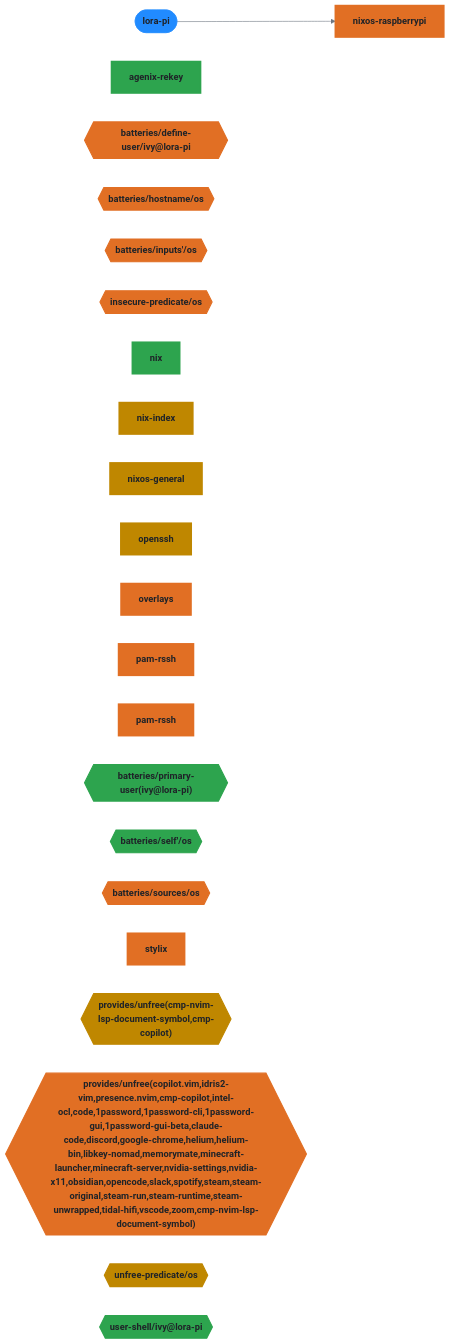
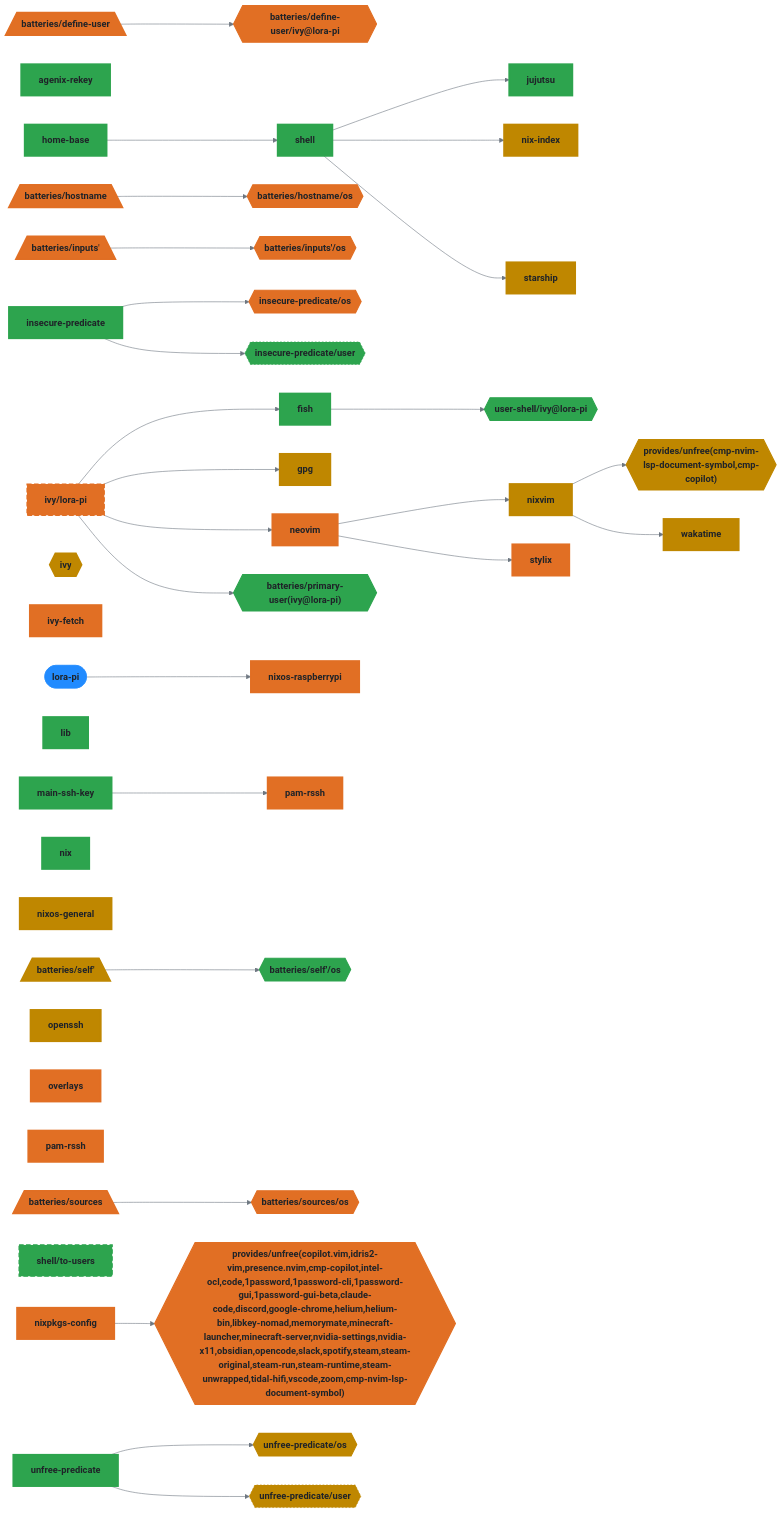
One commit to auscyber/dotfiles changed the fourth of 9 diagrams in README.md. Above: the diagram before and after it, drawn with Mermaid. The commit also changed other lines of this file and 1 other file, not shown here.

````diff
--- a/README.md
+++ b/README.md
@@ -258,50 +569,124 @@
 graph LR
   lora_pi([lora-pi]):::root
   agenix_rekey["agenix-rekey"]:::agenix_rekey_c
+  den__batteries__define_user[/"batteries/define-user"\]:::den__batteries__define_user_c
   den__batteries__define_user__ivy_lora_pi{{"batteries/define-user/ivy@lora-pi"}}:::den__batteries__define_user__ivy_lora_pi_c
+  fish["fish"]:::fish_c
+  gpg["gpg"]:::gpg_c
+  home_base["home-base"]:::home_base_c
+  den__batteries__hostname[/"batteries/hostname"\]:::den__batteries__hostname_c
   den__batteries__hostname__os{{"batteries/hostname/os"}}:::den__batteries__hostname__os_c
+  den__batteries__inputs_[/"batteries/inputs'"\]:::den__batteries__inputs__c
   den__batteries__inputs___os{{"batteries/inputs'/os"}}:::den__batteries__inputs___os_c
+  insecure_predicate["insecure-predicate"]:::insecure_predicate_c
   insecure_predicate__os{{"insecure-predicate/os"}}:::insecure_predicate__os_c
+  insecure_predicate__user{{"insecure-predicate/user"}}:::insecure_predicate__user_c
+  ivy{{"ivy"}}:::ivy_c
+  ivy_fetch["ivy-fetch"]:::ivy_fetch_c
+  ivy__lora_pi["ivy/lora-pi"]:::ivy__lora_pi_c
+  jujutsu["jujutsu"]:::jujutsu_c
+  lib["lib"]:::lib_c
+  main_ssh_key["main-ssh-key"]:::main_ssh_key_c
+  neovim["neovim"]:::neovim_c
   nix["nix"]:::nix_c
   nix_index["nix-index"]:::nix_index_c
   nixos_general["nixos-general"]:::nixos_general_c
   nixos_raspberrypi["nixos-raspberrypi"]:::nixos_raspberrypi_c
+  nixpkgs_config_host_lora_pi["nixpkgs-config"]:::nixpkgs_config_host_lora_pi_c
+  nixvim["nixvim"]:::nixvim_c
   openssh["openssh"]:::openssh_c
   overlays["overlays"]:::overlays_c
   pam_rssh_host_lora_pi["pam-rssh"]:::pam_rssh_host_lora_pi_c
   pam_rssh_user_ivy["pam-rssh"]:::pam_rssh_user_ivy_c
   den__batteries__primary_user_ivy_lora_pi_{{"batteries/primary-user(ivy@lora-pi)"}}:::den__batteries__primary_user_ivy_lora_pi__c
+  den__batteries__self_[/"batteries/self'"\]:::den__batteries__self__c
   den__batteries__self___os{{"batteries/self'/os"}}:::den__batteries__self___os_c
+  shell["shell"]:::shell_c
+  shell__to_users["shell/to-users"]:::shell__to_users_c
+  den__batteries__sources[/"batteries/sources"\]:::den__batteries__sources_c
   den__batteries__sources__os{{"batteries/sources/os"}}:::den__batteries__sources__os_c
+  starship["starship"]:::starship_c
   stylix["stylix"]:::stylix_c
   den__provides__unfree_cmp_nvim_lsp_document_symbol_cmp_copilot_{{"provides/unfree(cmp-nvim-lsp-document-symbol,cmp-copilot)"}}:::den__provides__unfree_cmp_nvim_lsp_document_symbol_cmp_copilot__c
   den__provides__unfree_copilot_vim_idris2_vim_presence_nvim_cmp_copilot_intel_ocl_code_1password_1password_cli_1password_gui_1password_gui_beta_claude_code_discord_google_chrome_helium_helium_bin_libkey_nomad_memorymate_minecraft_launcher_minecraft_server_nvidia_settings_nvidia_x11_obsidian_opencode_slack_spotify_steam_steam_original_steam_run_steam_runtime_steam_unwrapped_tidal_hifi_vscode_zoom_cmp_nvim_lsp_document_symbol_{{"provides/unfree(copilot.vim,idris2-vim,presence.nvim,cmp-copilot,intel-ocl,code,1password,1password-cli,1password-gui,1password-gui-beta,claude-code,discord,google-chrome,helium,helium-bin,libkey-nomad,memorymate,minecraft-launcher,minecraft-server,nvidia-settings,nvidia-x11,obsidian,opencode,slack,spotify,steam,steam-original,steam-run,steam-runtime,steam-unwrapped,tidal-hifi,vscode,zoom,cmp-nvim-lsp-document-symbol)"}}:::den__provides__unfree_copilot_vim_idris2_vim_presence_nvim_cmp_copilot_intel_ocl_code_1password_1password_cli_1password_gui_1password_gui_beta_claude_code_discord_google_chrome_helium_helium_bin_libkey_nomad_memorymate_minecraft_launcher_minecraft_server_nvidia_settings_nvidia_x11_obsidian_opencode_slack_spotify_steam_steam_original_steam_run_steam_runtime_steam_unwrapped_tidal_hifi_vscode_zoom_cmp_nvim_lsp_document_symbol__c
+  unfree_predicate["unfree-predicate"]:::unfree_predicate_c
   unfree_predicate__os{{"unfree-predicate/os"}}:::unfree_predicate__os_c
+  unfree_predicate__user{{"unfree-predicate/user"}}:::unfree_predicate__user_c
   user_shell__ivy_lora_pi{{"user-shell/ivy@lora-pi"}}:::user_shell__ivy_lora_pi_c
+  wakatime["wakatime"]:::wakatime_c
 
+  den__batteries__define_user --> den__batteries__define_user__ivy_lora_pi
+  den__batteries__hostname --> den__batteries__hostname__os
+  den__batteries__inputs_ --> den__batteries__inputs___os
+  den__batteries__self_ --> den__batteries__self___os
+  den__batteries__sources --> den__batteries__sources__os
+  fish --> user_shell__ivy_lora_pi
+  home_base --> shell
+  insecure_predicate --> insecure_predicate__os
+  insecure_predicate --> insecure_predicate__user
+  ivy__lora_pi --> fish
+  ivy__lora_pi --> gpg
+  ivy__lora_pi --> neovim
+  ivy__lora_pi --> den__batteries__primary_user_ivy_lora_pi_
   lora_pi --> nixos_raspberrypi
+  main_ssh_key --> pam_rssh_user_ivy
+  neovim --> nixvim
+  neovim --> stylix
+  nixpkgs_config_host_lora_pi --> den__provides__unfree_copilot_vim_idris2_vim_presence_nvim_cmp_copilot_intel_ocl_code_1password_1password_cli_1password_gui_1password_gui_beta_claude_code_discord_google_chrome_helium_helium_bin_libkey_nomad_memorymate_minecraft_launcher_minecraft_server_nvidia_settings_nvidia_x11_obsidian_opencode_slack_spotify_steam_steam_original_steam_run_steam_runtime_steam_unwrapped_tidal_hifi_vscode_zoom_cmp_nvim_lsp_document_symbol_
+  nixvim --> den__provides__unfree_cmp_nvim_lsp_document_symbol_cmp_copilot_
+  nixvim --> wakatime
+  shell --> jujutsu
+  shell --> nix_index
+  shell --> starship
+  unfree_predicate --> unfree_predicate__os
+  unfree_predicate --> unfree_predicate__user
 
   classDef root fill:#218bff,stroke:#218bff,color:#1f2328,font-weight:bold
   classDef agenix_rekey_c fill:#2da44e,stroke:#2da44e,color:#1f2328,stroke-width:3px
+  classDef den__batteries__define_user_c fill:#e16f24,stroke:#e16f24,color:#1f2328,stroke-width:3px
   classDef den__batteries__define_user__ivy_lora_pi_c fill:#e16f24,stroke:#e16f24,color:#1f2328,stroke-width:2px
+  classDef fish_c fill:#2da44e,stroke:#2da44e,color:#1f2328,stroke-width:3px
+  classDef gpg_c fill:#bf8700,stroke:#bf8700,color:#1f2328,stroke-width:3px
+  classDef home_base_c fill:#2da44e,stroke:#2da44e,color:#1f2328,stroke-width:3px
+  classDef den__batteries__hostname_c fill:#e16f24,stroke:#e16f24,color:#1f2328,stroke-width:3px
   classDef den__batteries__hostname__os_c fill:#e16f24,stroke:#e16f24,color:#1f2328,stroke-width:2px
+  classDef den__batteries__inputs__c fill:#e16f24,stroke:#e16f24,color:#1f2328,stroke-width:3px
   classDef den__batteries__inputs___os_c fill:#e16f24,stroke:#e16f24,color:#1f2328,stroke-width:2px
+  classDef insecure_predicate_c fill:#2da44e,stroke:#2da44e,color:#1f2328,stroke-width:3px
   classDef insecure_predicate__os_c fill:#e16f24,stroke:#e16f24,color:#1f2328,stroke-width:2px
+  classDef insecure_predicate__user_c fill:#2da44e,stroke:#2da44e,color:#1f2328,stroke-dasharray: 3 3,stroke-width:1px
+  classDef ivy_c fill:#bf8700,stroke:#bf8700,color:#1f2328,stroke-width:3px
+  classDef ivy_fetch_c fill:#e16f24,stroke:#e16f24,color:#1f2328,stroke-width:3px
+  classDef ivy__lora_pi_c fill:#e16f24,stroke:#e16f24,color:#1f2328,stroke-width:2px,stroke-dasharray: 8 4
+  classDef jujutsu_c fill:#2da44e,stroke:#2da44e,color:#1f2328,stroke-width:3px
+  classDef lib_c fill:#2da44e,stroke:#2da44e,color:#1f2328,stroke-width:3px
   classDef lora_pi_c fill:#e16f24,stroke:#e16f24,color:#1f2328,stroke-width:3px
+  classDef main_ssh_key_c fill:#2da44e,stroke:#2da44e,color:#1f2328,stroke-width:3px
+  classDef neovim_c fill:#e16f24,stroke:#e16f24,color:#1f2328,stroke-width:3px
   classDef nix_c fill:#2da44e,stroke:#2da44e,color:#1f2328,stroke-width:3px
   classDef nix_index_c fill:#bf8700,stroke:#bf8700,color:#1f2328,stroke-width:3px
   classDef nixos_general_c fill:#bf8700,stroke:#bf8700,color:#1f2328,stroke-width:3px
   classDef nixos_raspberrypi_c fill:#e16f24,stroke:#e16f24,color:#1f2328,stroke-width:3px
+  classDef nixpkgs_config_host_lora_pi_c fill:#e16f24,stroke:#e16f24,color:#1f2328,stroke-width:3px
+  classDef nixvim_c fill:#bf8700,stroke:#bf8700,color:#1f2328,stroke-width:3px
   classDef openssh_c fill:#bf8700,stroke:#bf8700,color:#1f2328,stroke-width:3px
   classDef overlays_c fill:#e16f24,stroke:#e16f24,color:#1f2328,stroke-width:3px
   classDef pam_rssh_host_lora_pi_c fill:#e16f24,stroke:#e16f24,color:#1f2328,stroke-width:3px
   classDef pam_rssh_user_ivy_c fill:#e16f24,stroke:#e16f24,color:#1f2328,stroke-width:3px
   classDef den__batteries__primary_user_ivy_lora_pi__c fill:#2da44e,stroke:#2da44e,color:#1f2328,stroke-width:2px
+  classDef den__batteries__self__c fill:#bf8700,stroke:#bf8700,color:#1f2328,stroke-width:3px
   classDef den__batteries__self___os_c fill:#2da44e,stroke:#2da44e,color:#1f2328,stroke-width:2px
+  classDef shell_c fill:#2da44e,stroke:#2da44e,color:#1f2328,stroke-width:3px
+  classDef shell__to_users_c fill:#2da44e,stroke:#2da44e,color:#1f2328,stroke-width:2px,stroke-dasharray: 8 4
+  classDef den__batteries__sources_c fill:#e16f24,stroke:#e16f24,color:#1f2328,stroke-width:3px
   classDef den__batteries__sources__os_c fill:#e16f24,stroke:#e16f24,color:#1f2328,stroke-width:2px
+  classDef starship_c fill:#bf8700,stroke:#bf8700,color:#1f2328,stroke-width:3px
   classDef stylix_c fill:#e16f24,stroke:#e16f24,color:#1f2328,stroke-width:3px
   classDef den__provides__unfree_cmp_nvim_lsp_document_symbol_cmp_copilot__c fill:#bf8700,stroke:#bf8700,color:#1f2328,stroke-width:2px
   classDef den__provides__unfree_copilot_vim_idris2_vim_presence_nvim_cmp_copilot_intel_ocl_code_1password_1password_cli_1password_gui_1password_gui_beta_claude_code_discord_google_chrome_helium_helium_bin_libkey_nomad_memorymate_minecraft_launcher_minecraft_server_nvidia_settings_nvidia_x11_obsidian_opencode_slack_spotify_steam_steam_original_steam_run_steam_runtime_steam_unwrapped_tidal_hifi_vscode_zoom_cmp_nvim_lsp_document_symbol__c fill:#e16f24,stroke:#e16f24,color:#1f2328,stroke-width:2px
+  classDef unfree_predicate_c fill:#2da44e,stroke:#2da44e,color:#1f2328,stroke-width:3px
   classDef unfree_predicate__os_c fill:#bf8700,stroke:#bf8700,color:#1f2328,stroke-width:2px
+  classDef unfree_predicate__user_c fill:#bf8700,stroke:#bf8700,color:#1f2328,stroke-dasharray: 3 3,stroke-width:1px
   classDef user_shell__ivy_lora_pi_c fill:#2da44e,stroke:#2da44e,color:#1f2328,stroke-width:2px
+  classDef wakatime_c fill:#bf8700,stroke:#bf8700,color:#1f2328,stroke-width:3px
 ```
````
